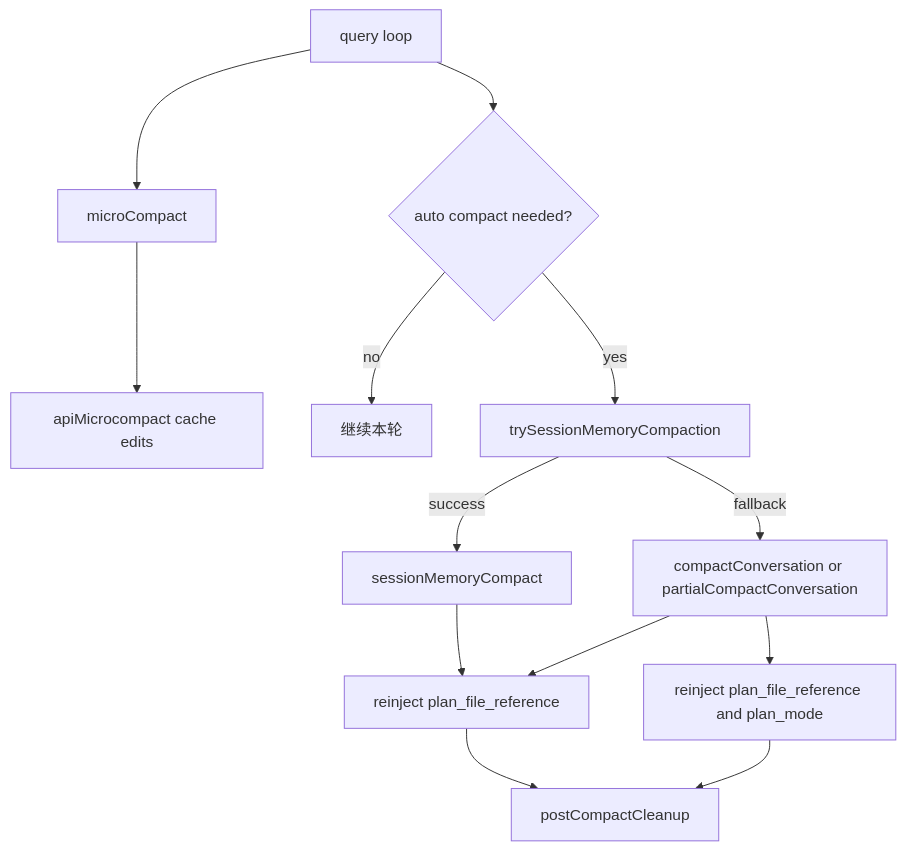
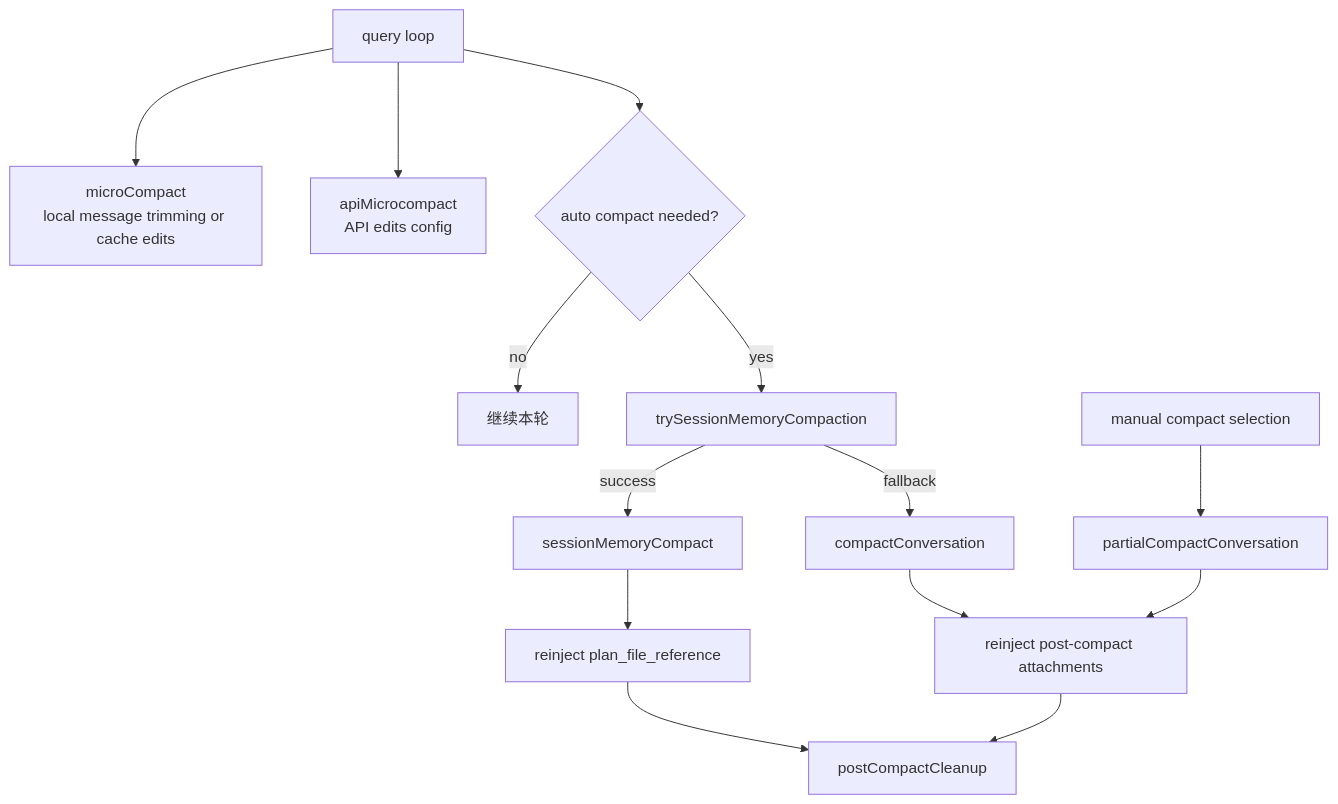
Before and after one commit to Boulea7/ClaudeCode-Source-DeepDive: the first of 2 diagrams in MODULES/02-planning-compaction-and-assistant/DEEP/README.md, drawn with Mermaid. The commit also changed other lines of this file and 4 other files, not shown here.

````diff
--- a/MODULES/02-planning-compaction-and-assistant/DEEP/README.md
+++ b/MODULES/02-planning-compaction-and-assistant/DEEP/README.md
@@ -265,15 +272,16 @@
 ```mermaid
 flowchart TD
-    A[query loop] --> B[microCompact]
-    B --> C[apiMicrocompact cache edits]
+    A[query loop] --> B[microCompact<br/>local message trimming or cache edits]
+    A --> C[apiMicrocompact<br/>API edits config]
     A --> D{auto compact needed?}
     D -- no --> E[继续本轮]
     D -- yes --> F[trySessionMemoryCompaction]
     F -- success --> G[sessionMemoryCompact]
-    F -- fallback --> H[compactConversation or partialCompactConversation]
-    G --> I[reinject plan_file_reference]
-    H --> I
-    H --> J[reinject plan_file_reference and plan_mode]
-    I --> K[postCompactCleanup]
-    J --> K
+    F -- fallback --> H[compactConversation]
+    I[manual compact selection] --> J[partialCompactConversation]
+    G --> K[reinject plan_file_reference]
+    H --> L[reinject post-compact attachments]
+    J --> L
+    K --> M[postCompactCleanup]
+    L --> M
 ```
````
